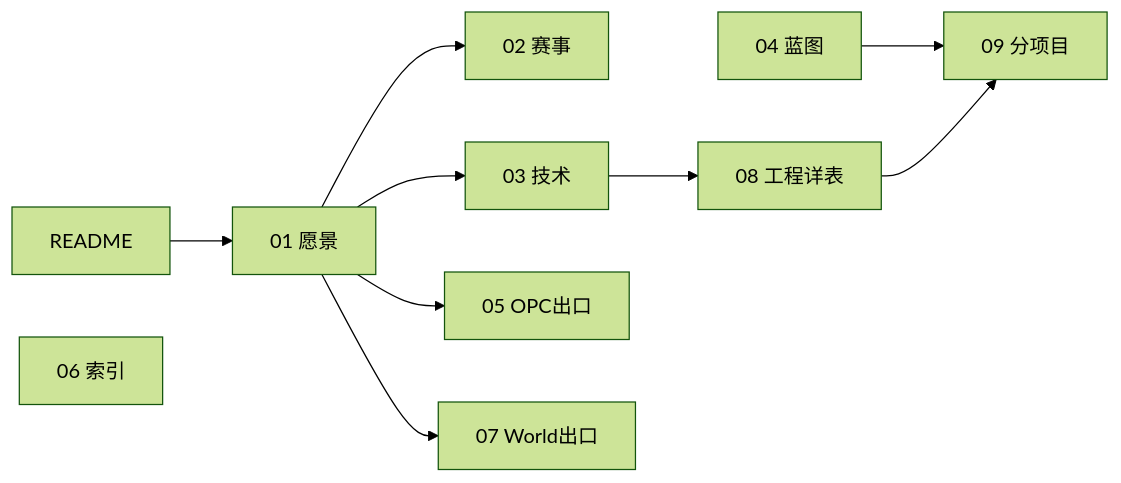
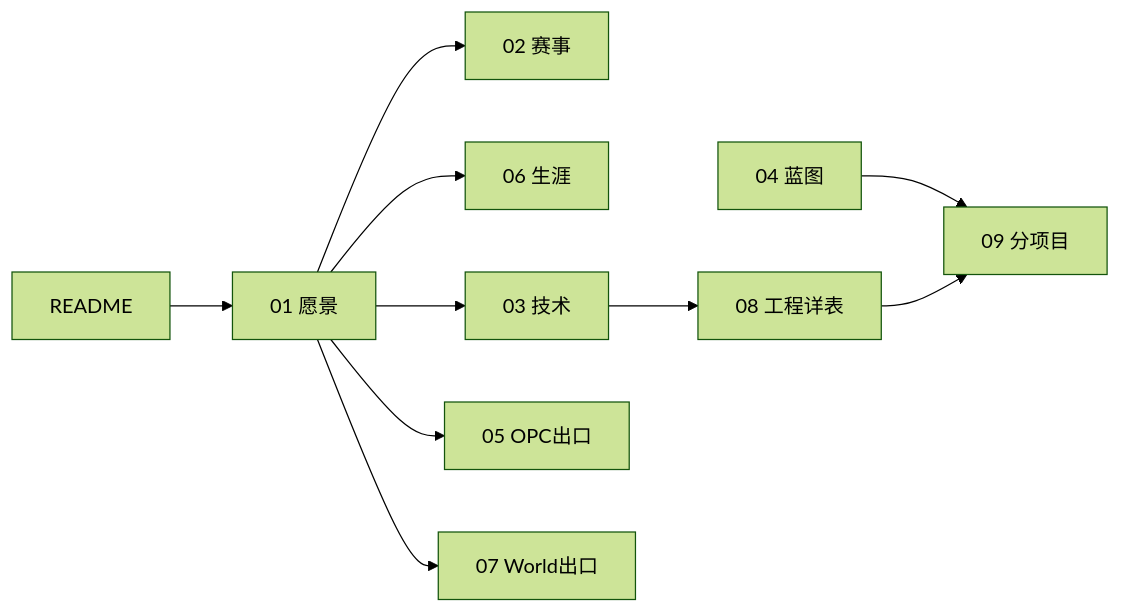
Before and after one commit to lamasaga/businessmatch-v1: the diagram in 00-项目全景与目录结构.md, drawn with Mermaid (forest theme). The commit also changed other lines of this file and 16 other files, not shown here.

First line of the commit message:
docs: 生涯升格06-、美术76-、蓝图方法论v1.1与全仓文档对齐

````diff
--- a/00-项目全景与目录结构.md
+++ b/00-项目全景与目录结构.md
@@ -71,12 +176,23 @@
 ```mermaid
+
 flowchart LR
+
   R[README] --> A01[01 愿景]
+
   A01 --> A02[02 赛事]
+
+  A01 --> A06[06 生涯]
+
   A01 --> A03[03 技术]
+
   A03 --> A08[08 工程详表]
+
   A04[04 蓝图] --> A09[09 分项目]
+
   A08 --> A09
+
   A01 --> A05[05 OPC出口]
+
   A01 --> A07[07 World出口]
-  A06[06 索引]
+
 ```
````
